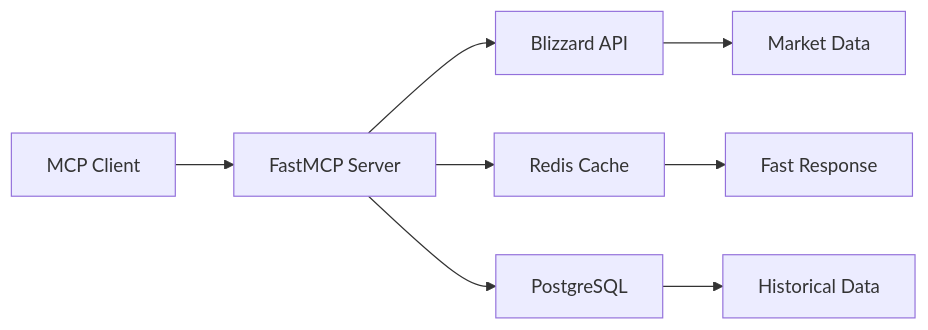
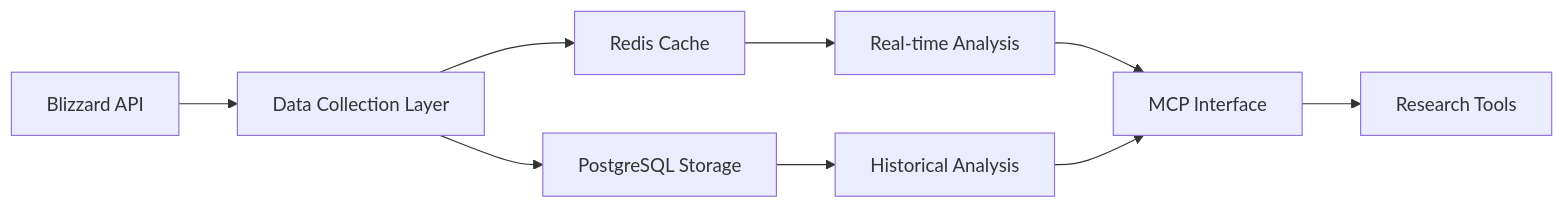
One commit to noahmott/world_of_warcraft_mcp_server changed the diagram in README.md. Above: the diagram before and after it, drawn with Mermaid. The commit also changed other lines of this file, not shown here.

````diff
--- a/README.md
+++ b/README.md
@@ -179,10 +84,11 @@
 ```mermaid
 graph LR
-    A[MCP Client] --> B[FastMCP Server]
-    B --> C[Blizzard API]
-    B --> D[Redis Cache]
-    B --> E[PostgreSQL]
-    C --> F[Market Data]
-    D --> G[Fast Response]
-    E --> H[Historical Data]
+    A[Blizzard API] --> B[Data Collection Layer]
+    B --> C[Redis Cache]
+    B --> D[PostgreSQL Storage]
+    C --> E[Real-time Analysis]
+    D --> F[Historical Analysis]
+    E --> G[MCP Interface]
+    F --> G
+    G --> H[Research Tools]
 ```
````
